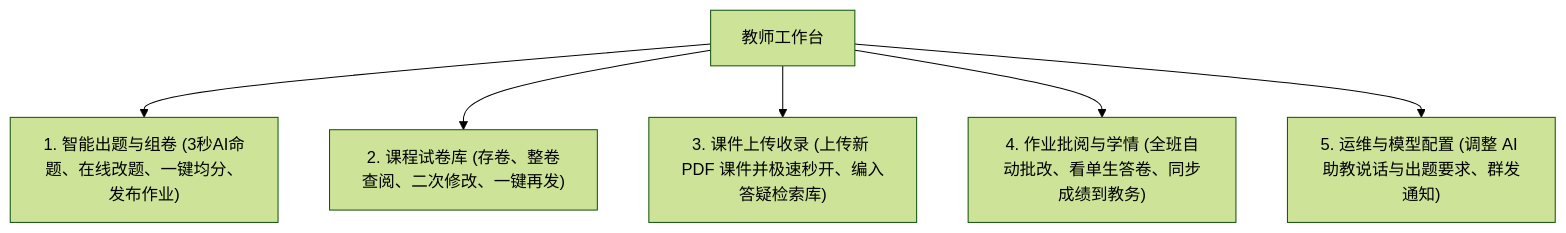
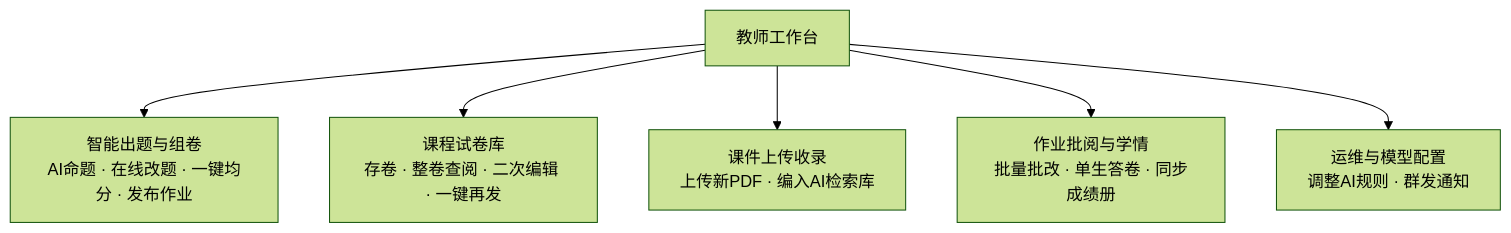
One commit to DuMaChen/EnergyGraph-AI changed the first of 2 diagrams in TEACHER_MANUAL.md. Above: the diagram before and after it, drawn with Mermaid (forest theme). The commit also changed other lines of this file and 1 other file, not shown here.

````diff
--- a/TEACHER_MANUAL.md
+++ b/TEACHER_MANUAL.md
@@ -99,8 +81,8 @@
 ```mermaid
 graph TD
-    A["教师工作台"] --> B["1. 智能出题与组卷 (3秒AI命题、在线改题、一键均分、发布作业)"]
-    A --> C["2. 课程试卷库 (存卷、整卷查阅、二次修改、一键再发)"]
-    A --> D["3. 课件上传收录 (上传新 PDF 课件并极速秒开、编入答疑检索库)"]
-    A --> E["4. 作业批阅与学情 (全班自动批改、看单生答卷、同步成绩到教务)"]
-    A --> F["5. 运维与模型配置 (调整 AI 助教说话与出题要求、群发通知)"]
+    A["教师工作台"] --> B["智能出题与组卷<br/>AI命题 · 在线改题 · 一键均分 · 发布作业"]
+    A --> C["课程试卷库<br/>存卷 · 整卷查阅 · 二次编辑 · 一键再发"]
+    A --> D["课件上传收录<br/>上传新PDF · 编入AI检索库"]
+    A --> E["作业批阅与学情<br/>批量批改 · 单生答卷 · 同步成绩册"]
+    A --> F["运维与模型配置<br/>调整AI规则 · 群发通知"]
 ```
````
